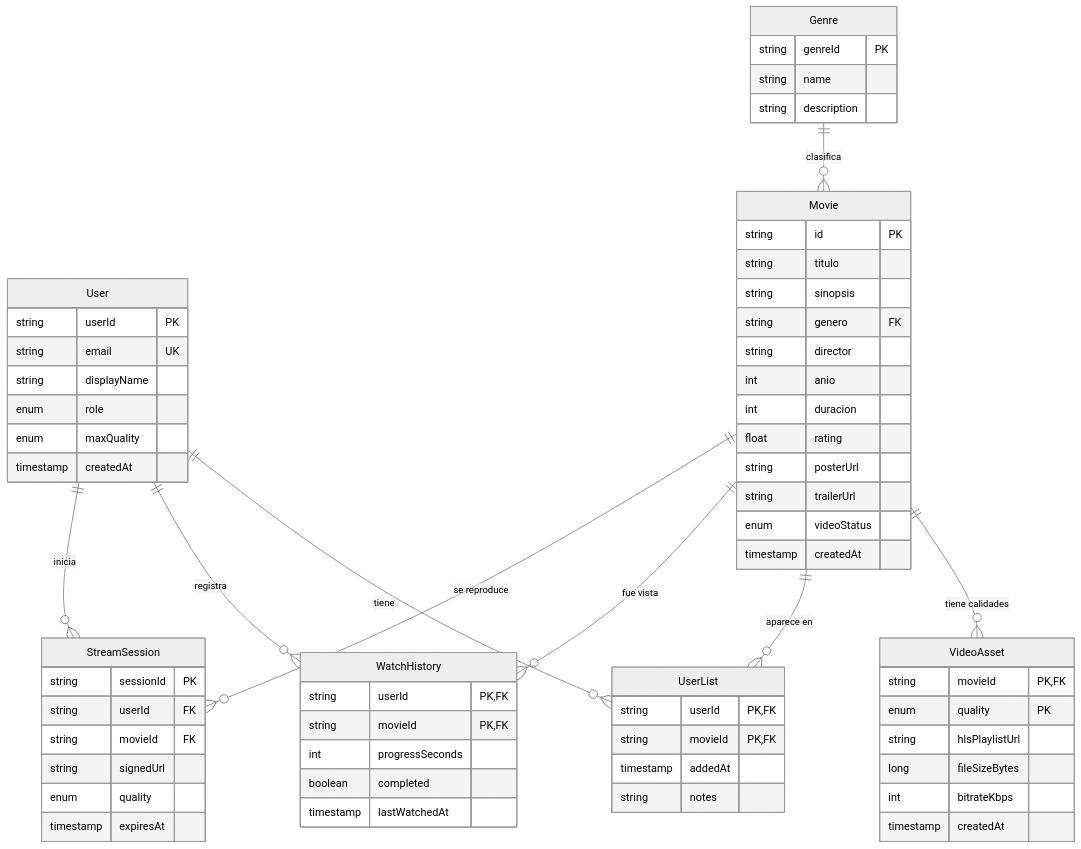
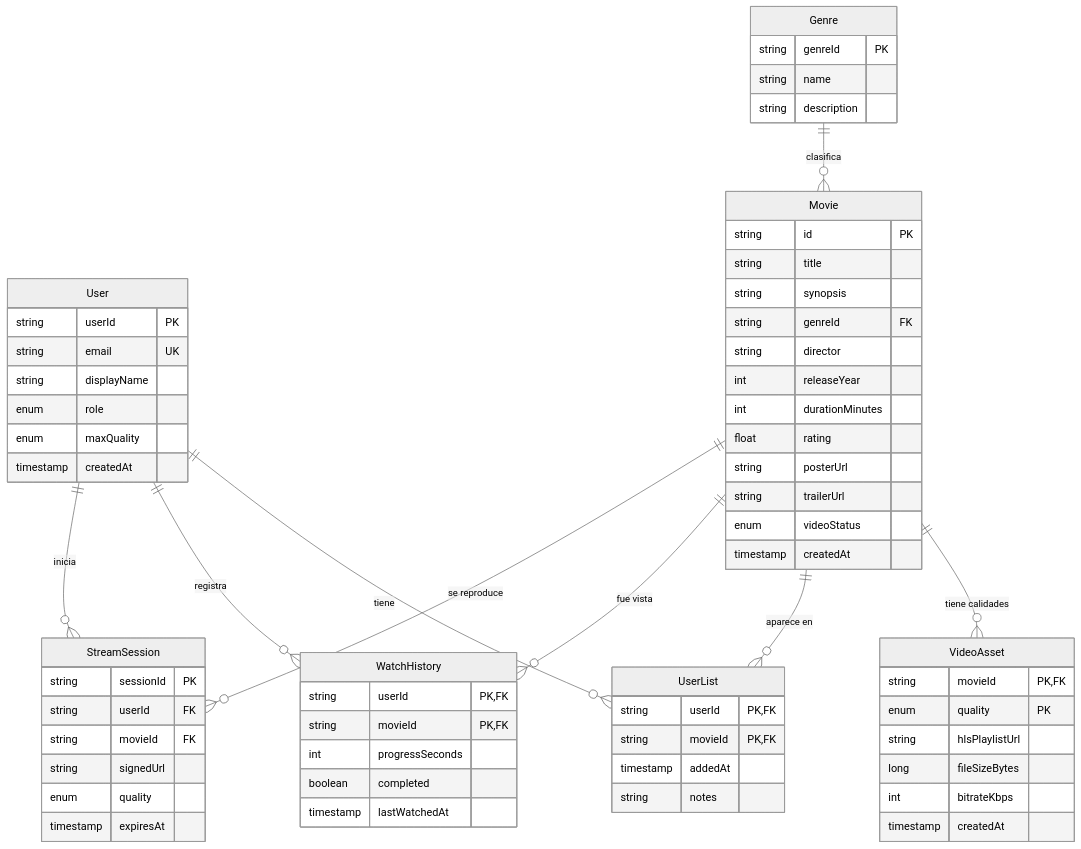
The first of 6 diagrams in Netflix_Design_Doc.md (edwardsalinas/proyectoNetflix), drawn with Mermaid (neutral theme) before and after one commit. The commit also changed other lines of this file, not shown here.

````diff
--- a/Netflix_Design_Doc.md
+++ b/Netflix_Design_Doc.md
@@ -187,74 +187,74 @@
 ```mermaid
 erDiagram
     User {
         string userId PK
         string email UK
         string displayName
         enum role
         enum maxQuality
         timestamp createdAt
     }
 
     Movie {
         string id PK
-        string titulo
-        string sinopsis
-        string genero FK
+        string title
+        string synopsis
+        string genreId FK
         string director
-        int anio
-        int duracion
+        int releaseYear
+        int durationMinutes
         float rating
         string posterUrl
         string trailerUrl
         enum videoStatus
         timestamp createdAt
     }
 
     VideoAsset {
         string movieId PK,FK
         enum quality PK
         string hlsPlaylistUrl
         long fileSizeBytes
         int bitrateKbps
         timestamp createdAt
     }
 
     UserList {
         string userId PK,FK
         string movieId PK,FK
         timestamp addedAt
         string notes
     }
 
     WatchHistory {
         string userId PK,FK
         string movieId PK,FK
         int progressSeconds
         boolean completed
         timestamp lastWatchedAt
     }
 
     StreamSession {
         string sessionId PK
         string userId FK
         string movieId FK
         string signedUrl
         enum quality
         timestamp expiresAt
     }
 
     Genre {
         string genreId PK
         string name
         string description
     }
 
     User ||--o{ UserList : "tiene"
     User ||--o{ WatchHistory : "registra"
     User ||--o{ StreamSession : "inicia"
     Movie ||--o{ VideoAsset : "tiene calidades"
     Movie ||--o{ UserList : "aparece en"
     Movie ||--o{ WatchHistory : "fue vista"
     Movie ||--o{ StreamSession : "se reproduce"
     Genre ||--o{ Movie : "clasifica"
 ```
````
